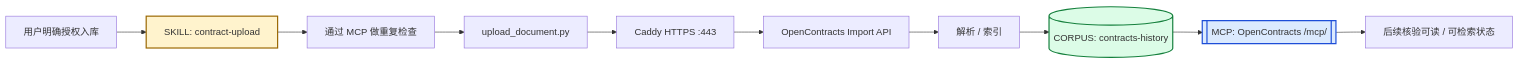
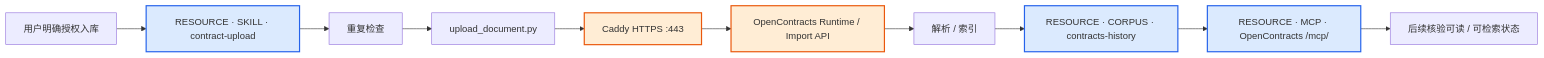
The third of 5 diagrams in docs/architecture/c4.md (Ri0n72Y/ContractBotConfig), drawn with Mermaid before and after one commit. The commit also changed other lines of this file, not shown here.

Commit message:
docs: simplify architecture diagrams and distinguish resources from runtime

````diff
--- a/docs/architecture/c4.md
+++ b/docs/architecture/c4.md
@@ -54,19 +55,17 @@
 ```mermaid
 flowchart LR
-    U[用户明确授权入库] --> S["SKILL: contract-upload"]
-    S --> Q[通过 MCP 做重复检查]
+    U[用户明确授权入库] --> S[RESOURCE · SKILL · contract-upload]
+    S --> Q[重复检查]
     Q --> H[upload_document.py]
     H --> C[Caddy HTTPS :443]
-    C --> A[OpenContracts Import API]
-    A --> P[解析 / 索引]
-    P --> HC[("CORPUS: contracts-history")]
-    HC --> M[["MCP: OpenContracts /mcp/"]]
+    C --> O[OpenContracts Runtime / Import API]
+    O --> P[解析 / 索引]
+    P --> HC[RESOURCE · CORPUS · contracts-history]
+    HC --> M[RESOURCE · MCP · OpenContracts /mcp/]
     M --> V[后续核验可读 / 可检索状态]
 
-    classDef skill fill:#fff3cd,stroke:#9a6700,stroke-width:2px;
-    classDef mcp fill:#dbeafe,stroke:#1d4ed8,stroke-width:2px;
-    classDef corpus fill:#dcfce7,stroke:#15803d,stroke-width:2px;
-    class S skill;
-    class M mcp;
-    class HC corpus;
+    classDef resource fill:#dbeafe,stroke:#2563eb,stroke-width:2px;
+    classDef platform fill:#ffedd5,stroke:#ea580c,stroke-width:2px;
+    class S,HC,M resource;
+    class C,O platform;
 ```
````
